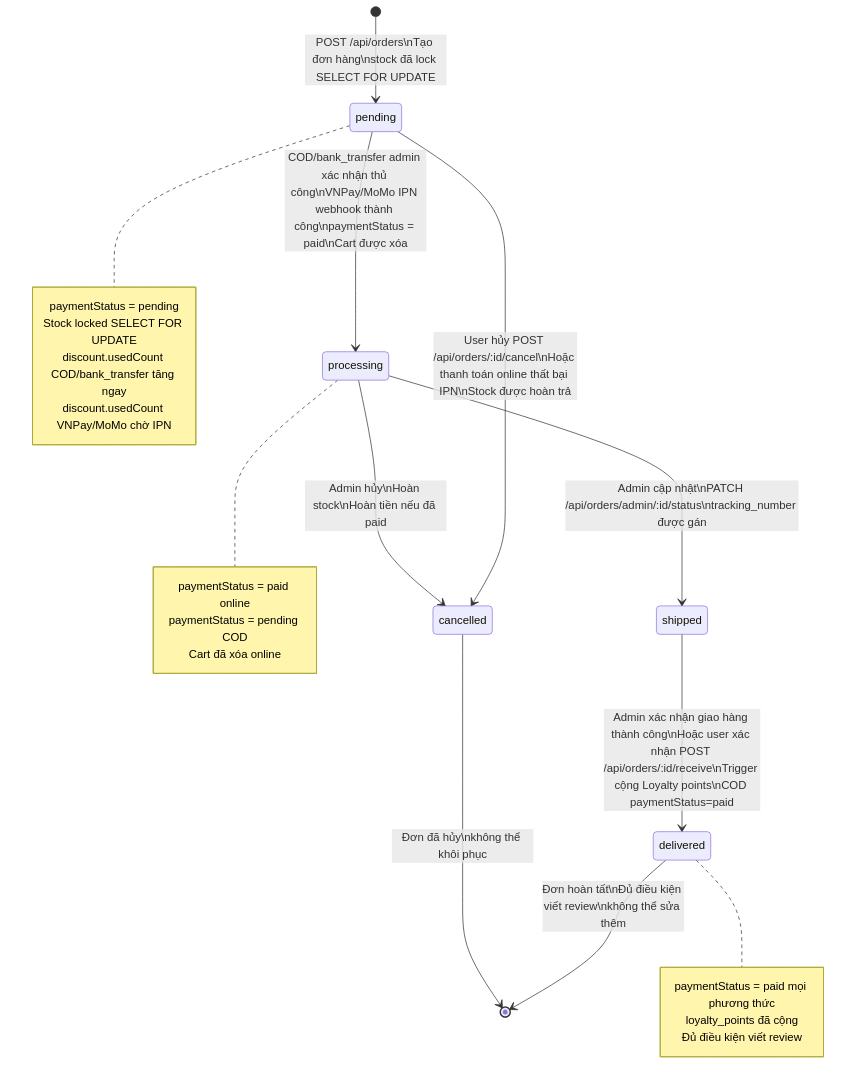
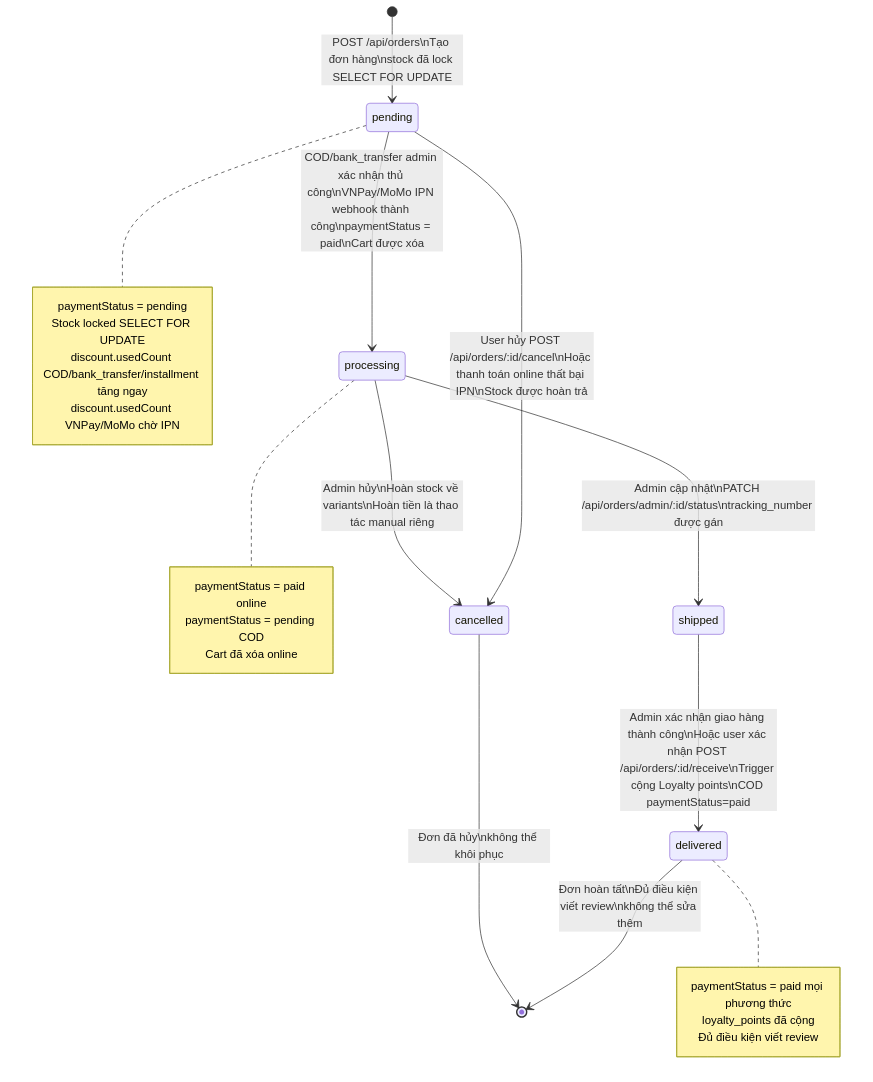
Before and after one commit to MinhThang1009/E-commerce-website: diagram 25 of 29 in DIAGRAMS.md, drawn with Mermaid. The commit also changed other lines of this file, not shown here.

````diff
--- a/DIAGRAMS.md
+++ b/DIAGRAMS.md
@@ -1586,37 +1583,37 @@
 ```mermaid
 stateDiagram-v2
     [*] --> pending : POST /api/orders\nTạo đơn hàng\nstock đã lock SELECT FOR UPDATE
 
     pending --> processing : COD/bank_transfer admin xác nhận thủ công\nVNPay/MoMo IPN webhook thành công\npaymentStatus = paid\nCart được xóa
 
     pending --> cancelled : User hủy POST /api/orders/:id/cancel\nHoặc thanh toán online thất bại IPN\nStock được hoàn trả
 
     processing --> shipped : Admin cập nhật\nPATCH /api/orders/admin/:id/status\ntracking_number được gán
 
-    processing --> cancelled : Admin hủy\nHoàn stock\nHoàn tiền nếu đã paid
+    processing --> cancelled : Admin hủy\nHoàn stock về variants\nHoàn tiền là thao tác manual riêng
 
     shipped --> delivered : Admin xác nhận giao hàng thành công\nHoặc user xác nhận POST /api/orders/:id/receive\nTrigger cộng Loyalty points\nCOD paymentStatus=paid
 
     delivered --> [*] : Đơn hoàn tất\nĐủ điều kiện viết review\nkhông thể sửa thêm
 
     cancelled --> [*] : Đơn đã hủy\nkhông thể khôi phục
 
     note right of pending
         paymentStatus = pending
         Stock locked SELECT FOR UPDATE
-        discount.usedCount COD/bank_transfer tăng ngay
+        discount.usedCount COD/bank_transfer/installment tăng ngay
         discount.usedCount VNPay/MoMo chờ IPN
     end note
 
     note right of processing
         paymentStatus = paid online
         paymentStatus = pending COD
         Cart đã xóa online
     end note
 
     note right of delivered
         paymentStatus = paid mọi phương thức
         loyalty_points đã cộng
         Đủ điều kiện viết review
     end note
 ```
````
